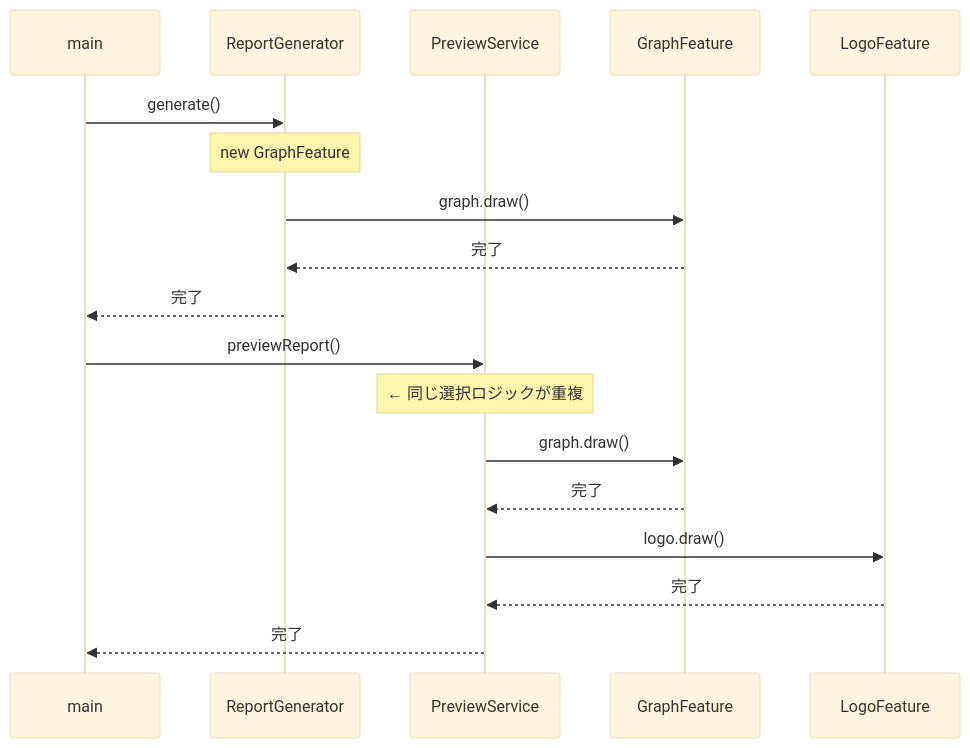
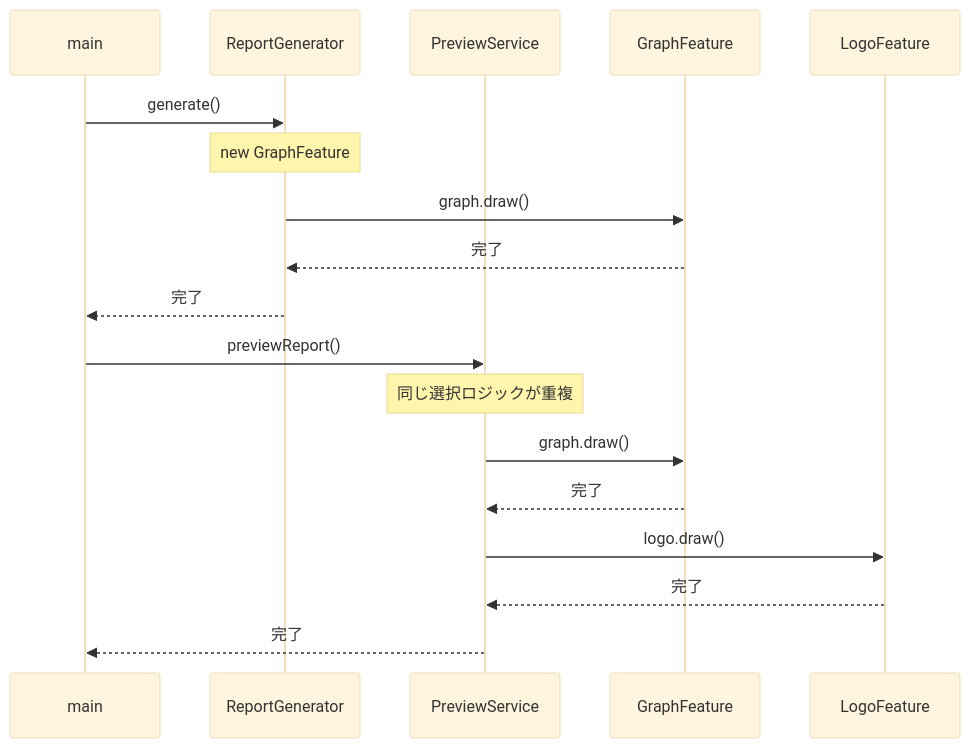
Before and after one commit to kumachan1101-pixel/DesignPattern: the seventh of 13 diagrams in kindle/design-patterns/output/chapter11.md, drawn with Mermaid (base theme). The commit also changed other lines of this file and 2 other files, not shown here.

````diff
--- a/kindle/design-patterns/output/chapter11.md
+++ b/kindle/design-patterns/output/chapter11.md
@@ -545,20 +611,20 @@
 ```mermaid
 sequenceDiagram
     participant main
     participant RG as ReportGenerator
     participant PS as PreviewService
     participant GF as GraphFeature
     participant LF as LogoFeature
     main->>RG: generate()
     Note over RG: new GraphFeature
     RG->>GF: graph.draw()
     GF-->>RG: 完了
     RG-->>main: 完了
     main->>PS: previewReport()
-    Note over PS: ← 同じ選択ロジックが重複
+    Note over PS: 同じ選択ロジックが重複
     PS->>GF: graph.draw()
     GF-->>PS: 完了
     PS->>LF: logo.draw()
     LF-->>PS: 完了
     PS-->>main: 完了
 ```
````
